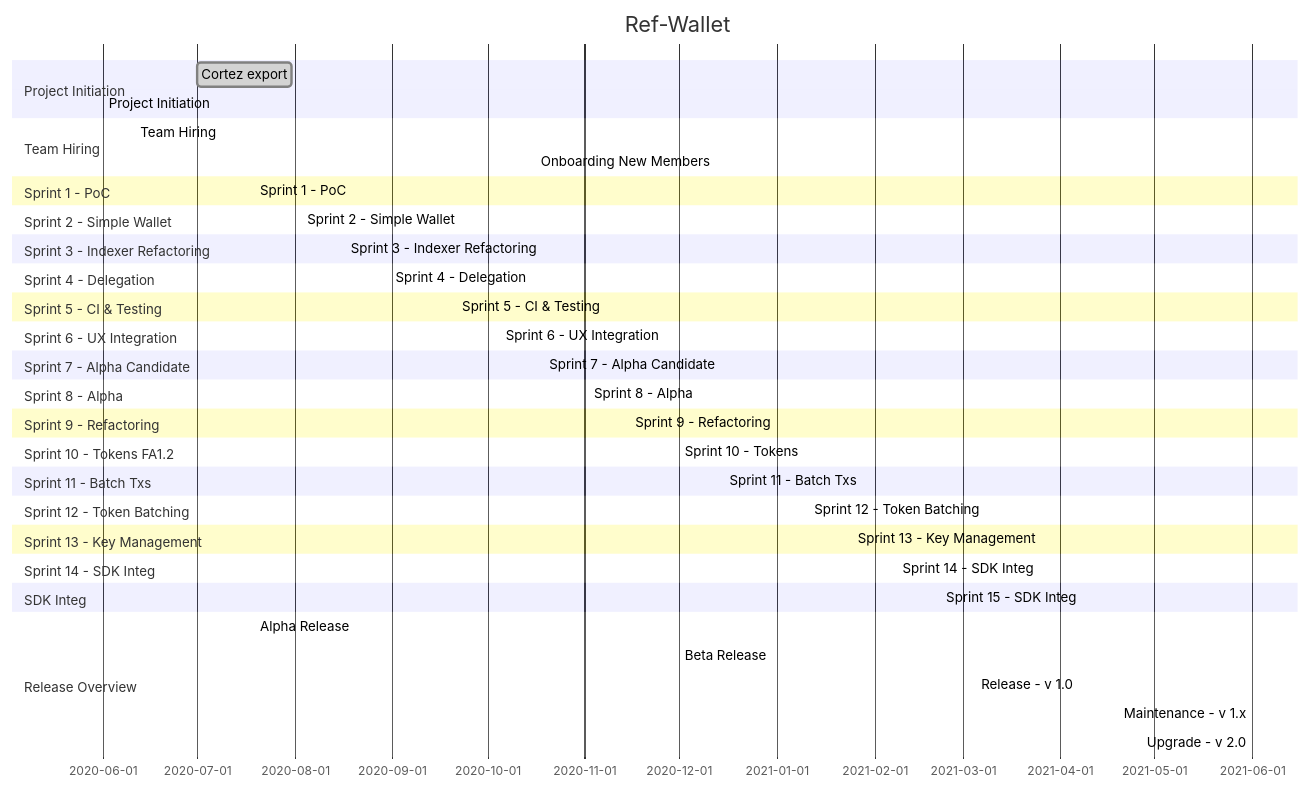
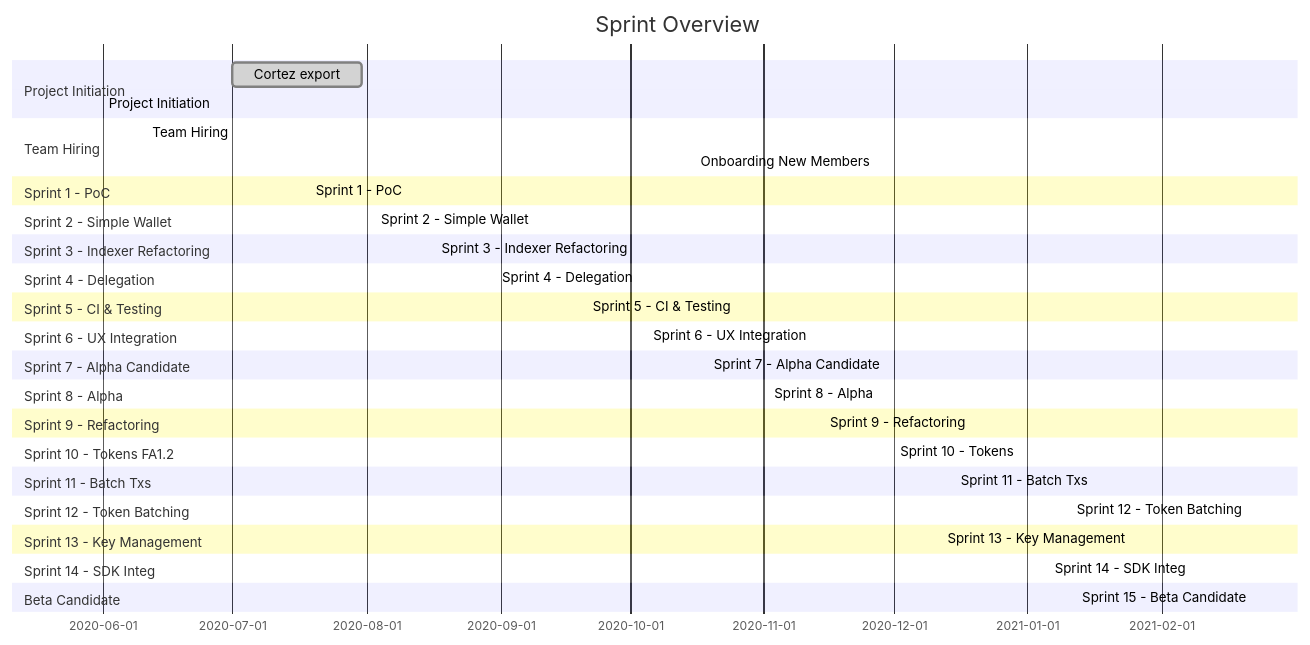
The first of 2 diagrams in docs/operative/project_plan.md (trilitech/umami-v1), drawn with Mermaid before and after one commit. The commit also changed other lines of this file, not shown here.

````diff
--- a/docs/operative/project_plan.md
+++ b/docs/operative/project_plan.md
@@ -35,46 +35,40 @@
 ```mermaid
 gantt
-    title Ref-Wallet
+    title Sprint Overview
     section Project Initiation
     Cortez export                                     :done  , 2020-07-01 , 30d
     Project Initiation                                :done  , 2020-06-01, 2020-07-13
     section Team Hiring
     Team Hiring                                       :done  , 2020-06-11, 2020-09-01
     Onboarding New Members                            :done  , 2020-10-16, 2020-11-01
     section Sprint 1 - PoC
     Sprint 1 - PoC                                    :done  , 2020-07-19, 2020-07-31
     section Sprint 2 - Simple Wallet
     Sprint 2 - Simple Wallet                          :done  , 2020-08-03, 2020-08-14
     section Sprint 3 - Indexer Refactoring
     Sprint 3 - Indexer Refactoring                    :done  , 2020-08-17, 2020-08-28
     section Sprint 4 - Delegation
     Sprint 4 - Delegation                             :done  , 2020-08-31, 2020-09-18
     section Sprint 5 - CI & Testing
     Sprint 5 - CI & Testing                           :done  , 2020-09-21, 2020-10-02
     section Sprint 6 - UX Integration
     Sprint 6 - UX Integration                         :done  , 2020-10-05, 2020-10-16
     section Sprint 7 - Alpha Candidate
     Sprint 7 - Alpha Candidate                        :done  , 2020-10-19, 2020-10-30
     section Sprint 8 - Alpha
     Sprint 8 - Alpha                                  :done  , 2020-11-02, 2020-11-13
     section Sprint 9 - Refactoring
     Sprint 9 - Refactoring                            :done  , 2020-11-15, 2020-11-27
     section Sprint 10 - Tokens FA1.2
     Sprint 10 - Tokens                                :done  , 2020-12-01, 2020-12-11
     section Sprint 11 - Batch Txs
     Sprint 11 - Batch Txs                             :done  , 2020-12-15, 2021-01-08
     section Sprint 12 - Token Batching
     Sprint 12 - Token Batching                        :done  , 2021-01-11, 2021-01-22
     section Sprint 13 - Key Management
     Sprint 13 - Key Management                        :done  , 2021-01-25, 2021-02-05
     section Sprint 14 - SDK Integ
     Sprint 14 - SDK Integ                             :done  , 2021-02-08, 2021-02-19
-    section SDK Integ
-    Sprint 15 - SDK Integ                             :active, 2021-02-22, 2021-03-05
-    section Release Overview
-    Alpha Release                                     :done,   2020-07-19, 2021-12-01
-    Beta Release                                      :active, 2020-12-01, 2021-03-05
-    Release - v 1.0                                   :active, 2021-03-05, 2021-06-01
-    Maintenance - v 1.x                               :active, 2021-06-01, 2021-09-01
-    Upgrade - v 2.0                                   :active, 2021-06-01, 2021-09-01
+    section Beta Candidate
+    Sprint 15 - Beta Candidate                        :active, 2021-02-22, 2021-03-05
 ```
````
